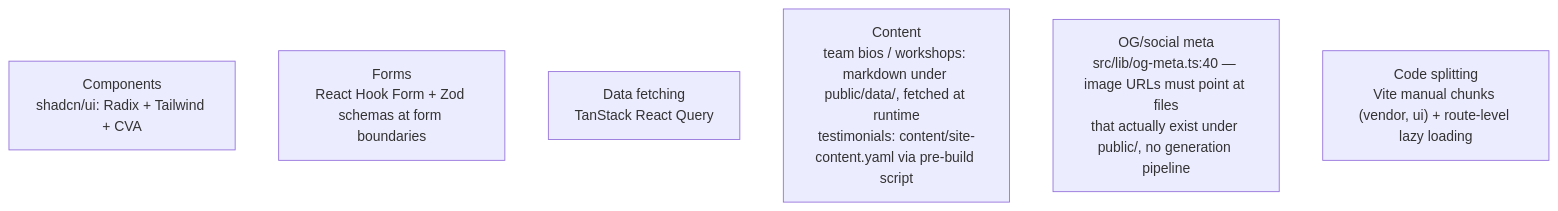
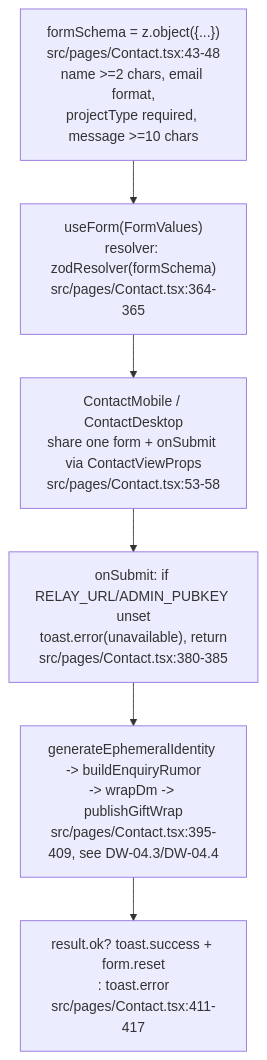
Before and after one commit to DreamLab-AI/VisionFlow: the fifth of 5 diagrams in docs/diagrams/dreamlab-ai-website/02-site-build-and-pages-deploy.md, drawn with Mermaid. The commit also changed other lines of this file and 136 other files, not shown here.

First line of the commit message:
docs(diagrams): refresh the whole corpus to code HEAD and prune low-value diagrams

````diff
--- a/docs/diagrams/dreamlab-ai-website/02-site-build-and-pages-deploy.md
+++ b/docs/diagrams/dreamlab-ai-website/02-site-build-and-pages-deploy.md
@@ -89,9 +82,10 @@
 ```mermaid
 flowchart TB
-    COMP["Components<br/>shadcn/ui: Radix + Tailwind + CVA"]
-    FORMS["Forms<br/>React Hook Form + Zod schemas at form boundaries"]
-    DATA["Data fetching<br/>TanStack React Query"]
-    CONTENT["Content<br/>team bios / workshops: markdown under public/data/, fetched at runtime<br/>testimonials: content/site-content.yaml via pre-build script"]
-    OG["OG/social meta<br/>src/lib/og-meta.ts:40 — image URLs must point at files<br/>that actually exist under public/, no generation pipeline"]
-    SPLIT["Code splitting<br/>Vite manual chunks (vendor, ui) + route-level lazy loading"]
+    SCHEMA["formSchema = z.object({...})<br/>src/pages/Contact.tsx:43-48<br/>name >=2 chars, email format,<br/>projectType required, message >=10 chars"]
+    HOOK["useForm(FormValues)<br/>resolver: zodResolver(formSchema)<br/>src/pages/Contact.tsx:364-365"]
+    SCHEMA --> HOOK
+    HOOK --> VIEW["ContactMobile / ContactDesktop<br/>share one form + onSubmit via ContactViewProps<br/>src/pages/Contact.tsx:53-58"]
+    VIEW --> GUARD["onSubmit: if RELAY_URL/ADMIN_PUBKEY unset<br/>toast.error(unavailable), return<br/>src/pages/Contact.tsx:380-385"]
+    GUARD --> SEND["generateEphemeralIdentity -> buildEnquiryRumor<br/>-> wrapDm -> publishGiftWrap<br/>src/pages/Contact.tsx:395-409, see DW-04.3/DW-04.4"]
+    SEND --> OK["result.ok? toast.success + form.reset<br/>: toast.error<br/>src/pages/Contact.tsx:411-417"]
 ```
````
